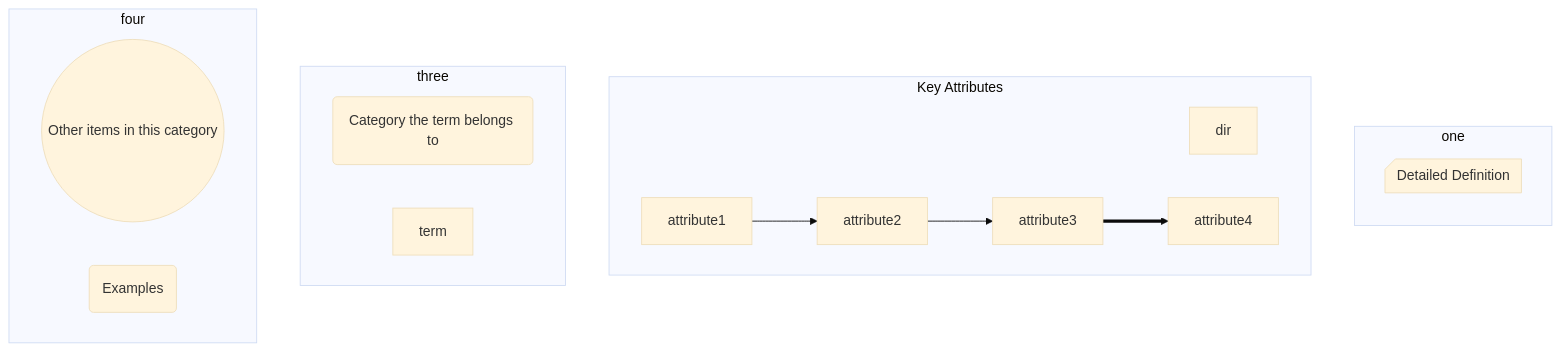
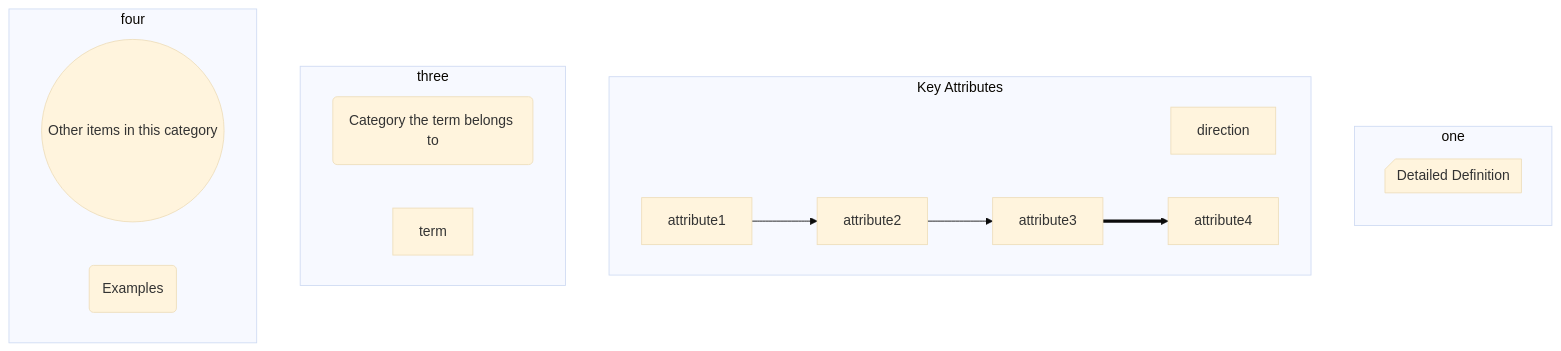
Before and after one commit to gerbssusd/dok: the diagram in slides.md, drawn with Mermaid (base theme).

````diff
--- a/slides.md
+++ b/slides.md
@@ -217,29 +217,29 @@
 ```mermaid
 flowchart TB
     subgraph one 
      direction TB
     a1@{ shape: card, label: Detailed Definition}
      end
     subgraph Key Attributes
-     dir
+     direction
      d1[attribute1] -->
      d2[attribute2] -->
      d3[attribute3] ==>
      d4[attribute4] 
      end
     subgraph three
       direction RL
         b1(Category the term belongs to)
         b2[term]
         end
     subgraph four
         e1((Other items in this category))
         e2(Examples              )
         end
 
 
 
 
 
 
 ```
````
